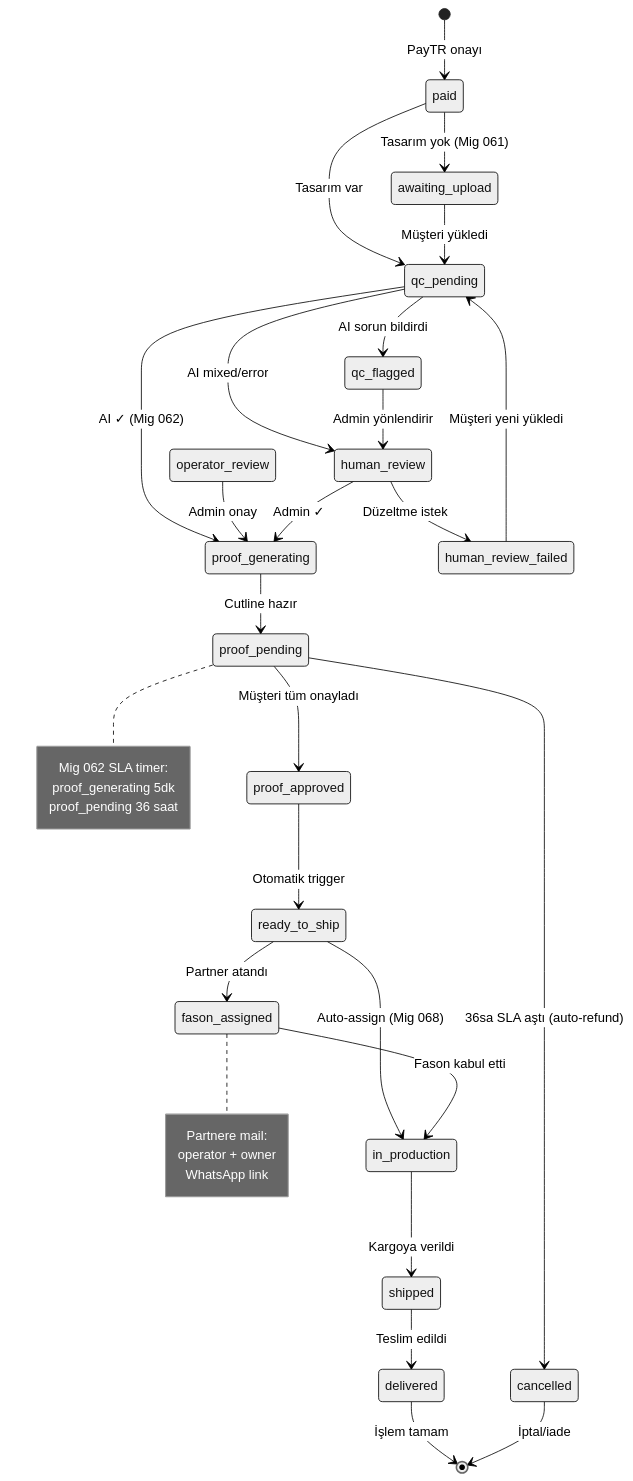
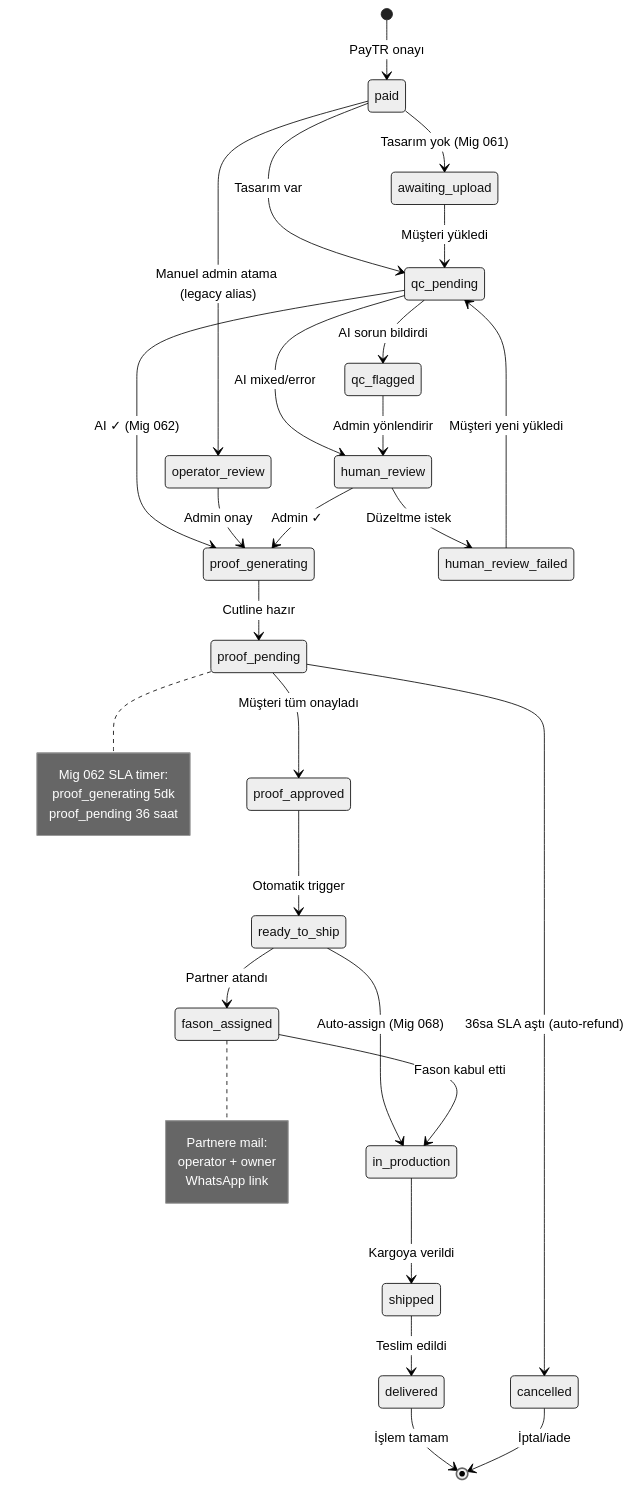
Before and after one commit to sefayakut111-netizen/pimetiket: the third of 13 diagrams in storefront/docs/SISTEM-AKISLARI.md, drawn with Mermaid (neutral theme). The commit also changed 2 other files, not shown here.

First paragraph of the commit message:
fix(security): P1 #13 — postMessage origin + source check (/onay bg iframe)
Sefa 20 May v68 (Agent denetim P1 #13):
Frontend agent: /onay/[orderId] hidden bg iframe listener'da origin
+ source check eksikti. /onay/duzenle/[itemId]'de zaten vardı, /onay
ana sayfasında atlanmış.

````diff
--- a/storefront/docs/SISTEM-AKISLARI.md
+++ b/storefront/docs/SISTEM-AKISLARI.md
@@ -139,48 +139,49 @@
 ```mermaid
 stateDiagram-v2
     [*] --> paid: PayTR onayı
 
     paid --> awaiting_upload: Tasarım yok (Mig 061)
     paid --> qc_pending: Tasarım var
 
     awaiting_upload --> qc_pending: Müşteri yükledi
 
     qc_pending --> qc_flagged: AI sorun bildirdi
     qc_pending --> proof_generating: AI ✓ (Mig 062)
     qc_pending --> human_review: AI mixed/error
 
     qc_flagged --> human_review: Admin yönlendirir
+    paid --> operator_review: Manuel admin atama (legacy alias)
     operator_review --> proof_generating: Admin onay
     human_review --> proof_generating: Admin ✓
     human_review --> human_review_failed: Düzeltme istek
 
     human_review_failed --> qc_pending: Müşteri yeni yükledi
 
     proof_generating --> proof_pending: Cutline hazır
     proof_pending --> proof_approved: Müşteri tüm onayladı
     proof_pending --> cancelled: 36sa SLA aştı (auto-refund)
 
     proof_approved --> ready_to_ship: Otomatik trigger
 
     ready_to_ship --> fason_assigned: Partner atandı
     ready_to_ship --> in_production: Auto-assign (Mig 068)
 
     fason_assigned --> in_production: Fason kabul etti
     in_production --> shipped: Kargoya verildi
     shipped --> delivered: Teslim edildi
 
     delivered --> [*]: İşlem tamam
     cancelled --> [*]: İptal/iade
 
     note right of proof_pending
         Mig 062 SLA timer:
         proof_generating 5dk
         proof_pending 36 saat
     end note
 
     note right of fason_assigned
         Partnere mail:
         operator + owner
         WhatsApp link
     end note
 ```
````
